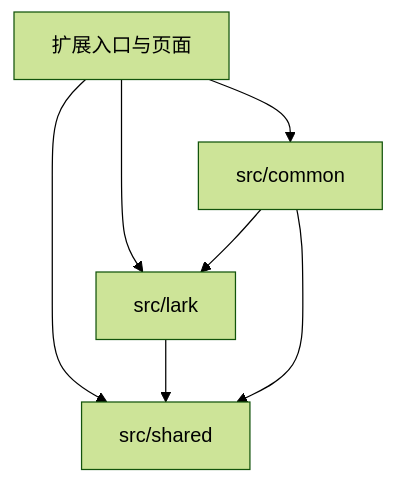
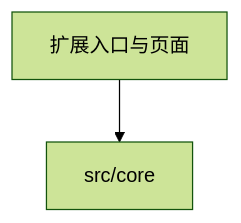
One commit to zhangpengfei-xyz/cloud-document-converter changed the second of 3 diagrams in docs/architecture-design.md. Above: the diagram before and after it, drawn with Mermaid (forest theme). The commit also changed other lines of this file and 29 other files, not shown here.

````diff
--- a/docs/architecture-design.md
+++ b/docs/architecture-design.md
@@ -72,9 +69,4 @@
 ```mermaid
 flowchart TD
-  Extension["扩展入口与页面"] --> Lark["src/lark"]
-  Extension --> AppCommon["src/common"]
-  Extension --> Shared["src/shared"]
-  Lark --> Shared
-  AppCommon --> Lark
-  AppCommon --> Shared
+  Extension["扩展入口与页面"] --> Core["src/core"]
 ```
````
